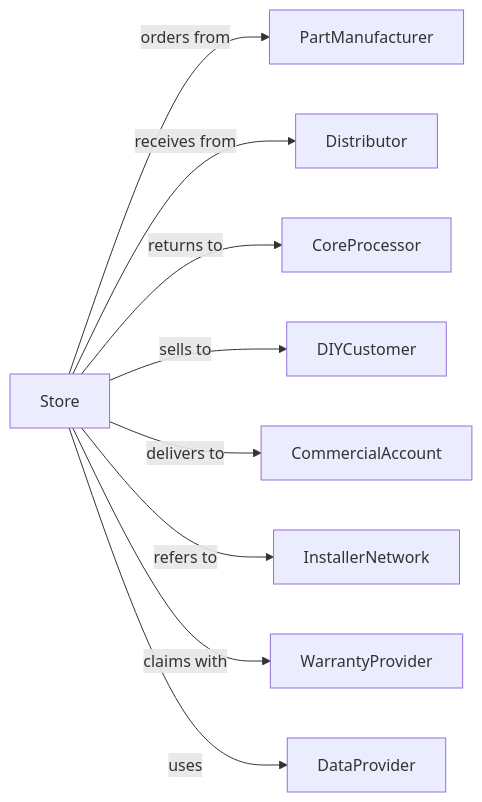
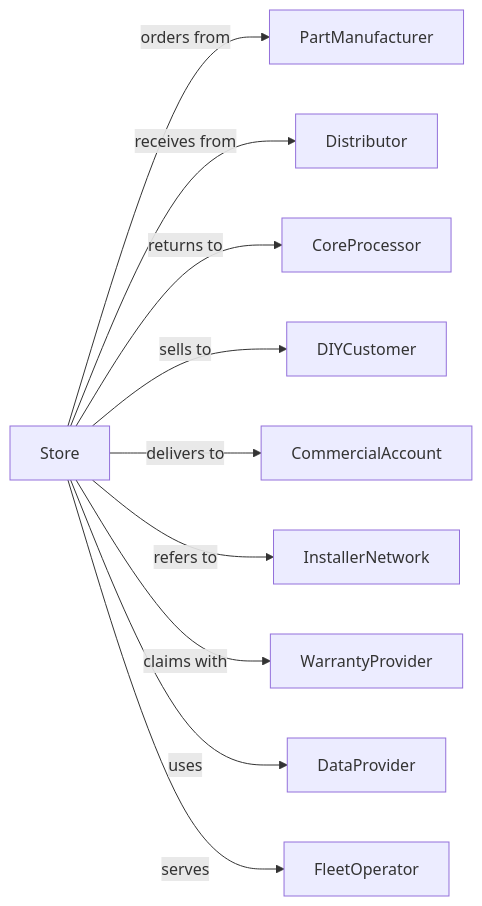
The second of 2 diagrams in RetailTrade/MotorVehicleAndPartsDealers/AutomotivePartsAccessoriesAndTireRetailers/AutomotivePartsAndAccessoriesRetailers.mdx (dot-org-ai/industries.org.ai), drawn with Mermaid before and after one commit. The commit also changed 588 other files, not shown here.

````diff
--- a/RetailTrade/MotorVehicleAndPartsDealers/AutomotivePartsAccessoriesAndTireRetailers/AutomotivePartsAndAccessoriesRetailers.mdx
+++ b/RetailTrade/MotorVehicleAndPartsDealers/AutomotivePartsAccessoriesAndTireRetailers/AutomotivePartsAndAccessoriesRetailers.mdx
@@ -134,13 +134,14 @@
 ```mermaid
 graph LR
     S[Store]
 
     S -->|orders from| PartManufacturer
     S -->|receives from| Distributor
     S -->|returns to| CoreProcessor
     S -->|sells to| DIYCustomer
     S -->|delivers to| CommercialAccount
     S -->|refers to| InstallerNetwork
     S -->|claims with| WarrantyProvider
     S -->|uses| DataProvider
+    S -->|serves| FleetOperator
 ```
````
